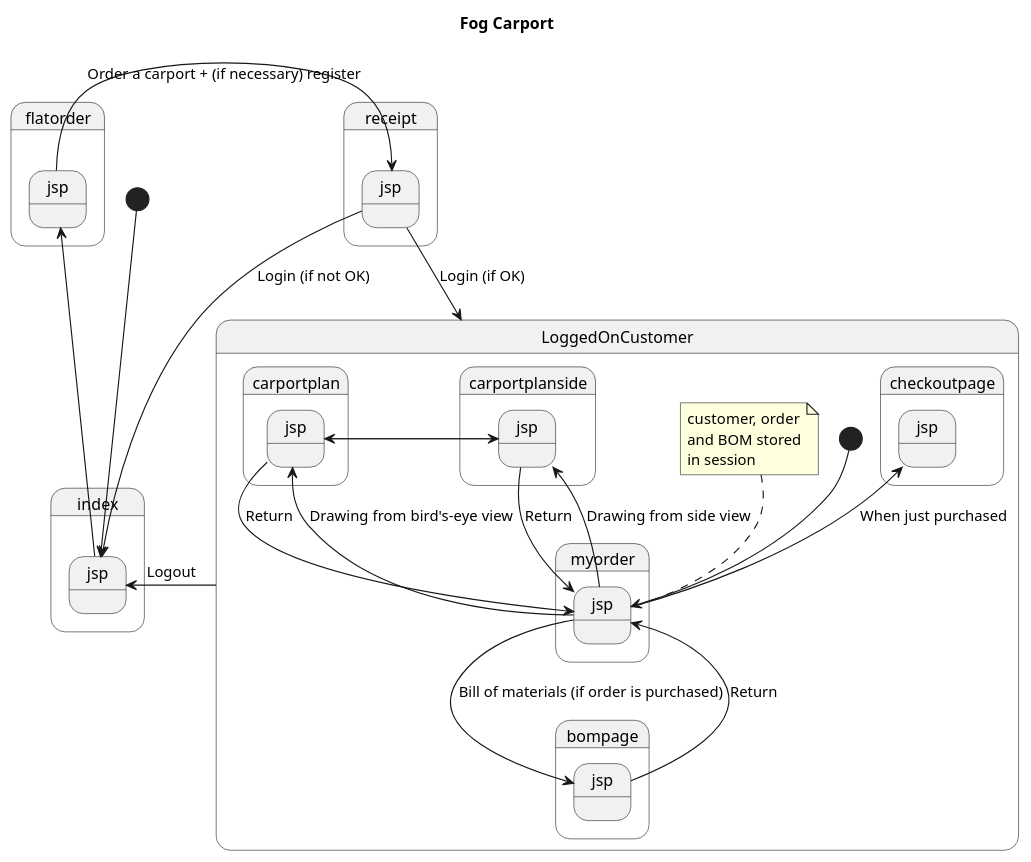
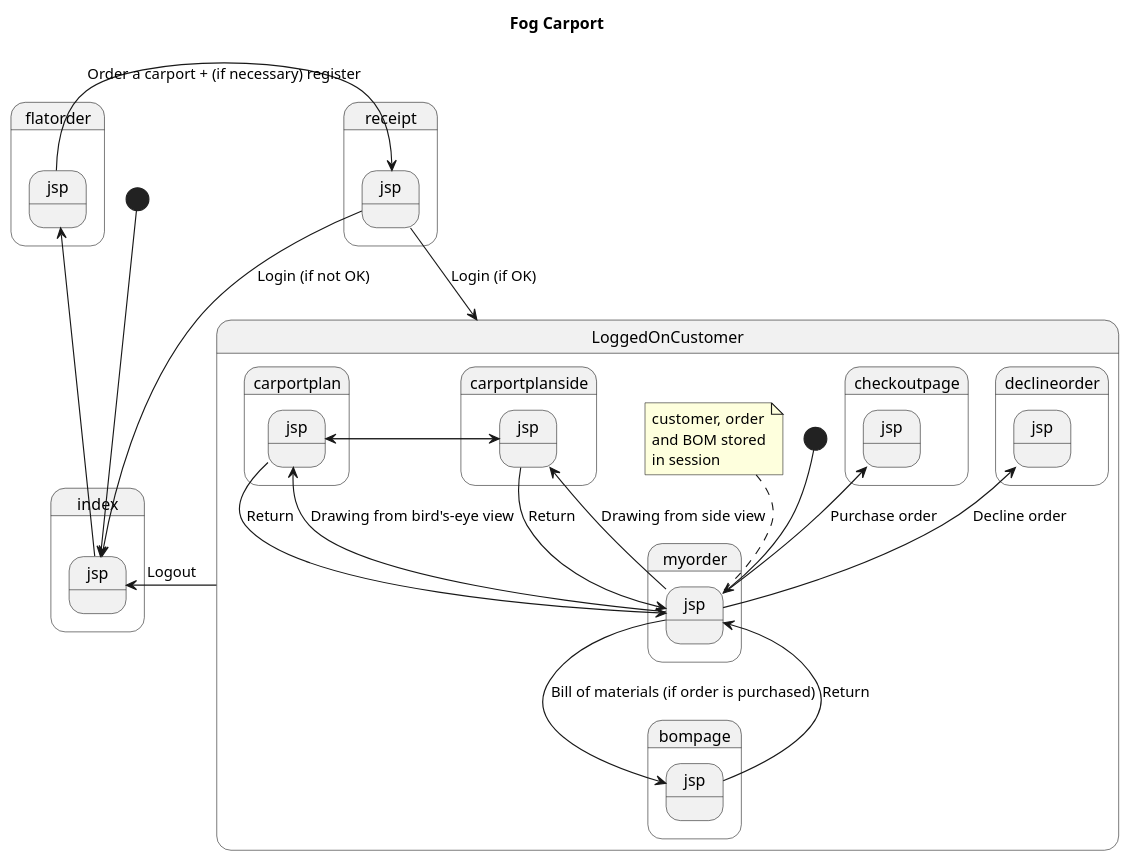
The diagram in src/main/Diagrams/Navigationsdiagram.puml (benskov95/Fog_Carport_Bornit), drawn with PlantUML before and after one commit.

Commit message:
Ændringer i navi...igen

```diff
--- a/src/main/Diagrams/Navigationsdiagram.puml
+++ b/src/main/Diagrams/Navigationsdiagram.puml
@@ -1,38 +1,39 @@
 @startuml
 
 Title Fog Carport
 state flatorder.jsp
 
 [*] --> index.jsp
 index.jsp -right-> flatorder.jsp
 flatorder.jsp -right-> receipt.jsp: Order a carport + (if necessary) register
 receipt.jsp --> LoggedOnCustomer: Login (if OK)
 receipt.jsp --> index.jsp: Login (if not OK)
 
 LoggedOnCustomer --> index.jsp: Logout
 
 state LoggedOnCustomer {
     state myorder.jsp
     state carportplan.jsp
     state carportplanside.jsp
     state bompage.jsp
     state checkoutpage.jsp
 
 note top of myorder.jsp
 customer, order
 and BOM stored
 in session
 end note
 
     [*]--> myorder.jsp
     myorder.jsp --> carportplan.jsp: Drawing from bird's-eye view
     carportplan.jsp --> myorder.jsp: Return
     carportplan.jsp -right-> carportplanside.jsp
     carportplanside.jsp -right-> carportplan.jsp
     myorder.jsp --> carportplanside.jsp: Drawing from side view
     carportplanside.jsp --> myorder.jsp: Return
     myorder.jsp --> bompage.jsp: Bill of materials (if order is purchased)
     bompage.jsp --> myorder.jsp: Return
-    myorder.jsp -up-> checkoutpage.jsp: When just purchased
+    myorder.jsp -up-> checkoutpage.jsp: Purchase order
+    myorder.jsp -up-> declineorder.jsp: Decline order
 }
 @enduml
```
